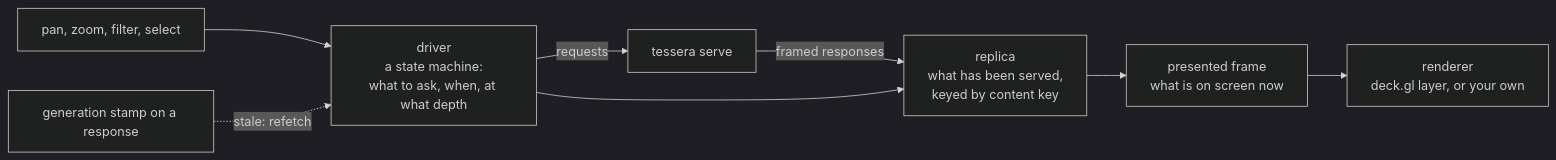
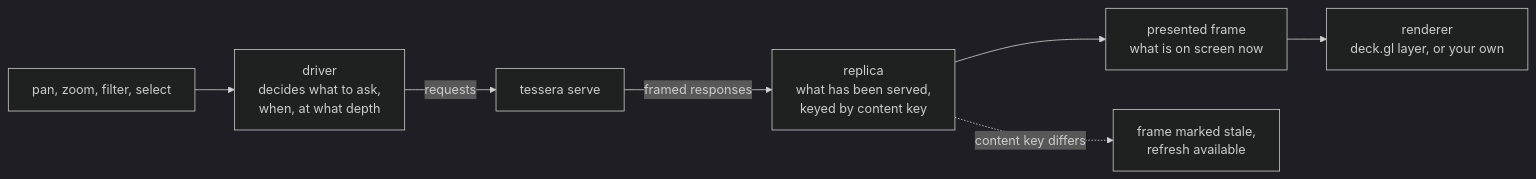
One commit to jennis0/tesseradb changed the second of 4 diagrams in docs/system/clients.md. Above: the diagram before and after it, drawn with Mermaid (dark theme). The commit also changed other lines of this file, not shown here.

````diff
--- a/docs/system/clients.md
+++ b/docs/system/clients.md
@@ -75,10 +106,9 @@
 ```mermaid
 flowchart LR
-  srv["tessera serve"] -- "framed responses" --> replica["replica<br/>what has been served,<br/>keyed by content key"]
+  gesture["pan, zoom, filter, select"] --> driver["driver<br/>decides what to ask,<br/>when, at what depth"]
+  driver -- "requests" --> srv["tessera serve"]
+  srv -- "framed responses" --> replica["replica<br/>what has been served,<br/>keyed by content key"]
   replica --> frame["presented frame<br/>what is on screen now"]
   frame --> render["renderer<br/>deck.gl layer, or your own"]
-  gesture["pan, zoom, filter, select"] --> driver["driver<br/>a state machine:<br/>what to ask, when, at what depth"]
-  driver -- "requests" --> srv
-  driver --> replica
-  stamp["generation stamp on a response"] -. "stale: refetch" .-> driver
+  replica -. "content key differs" .-> stale["frame marked stale,<br/>refresh available"]
 ```
````
